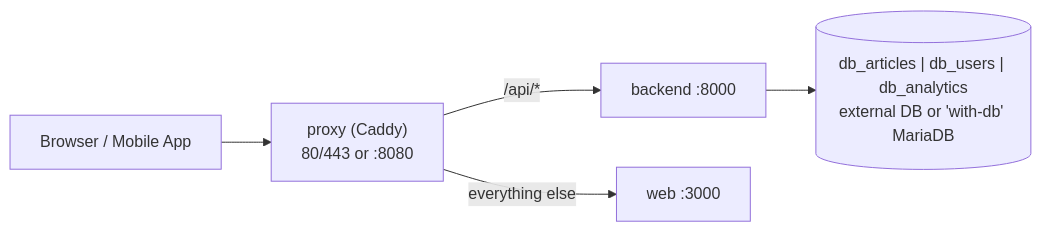
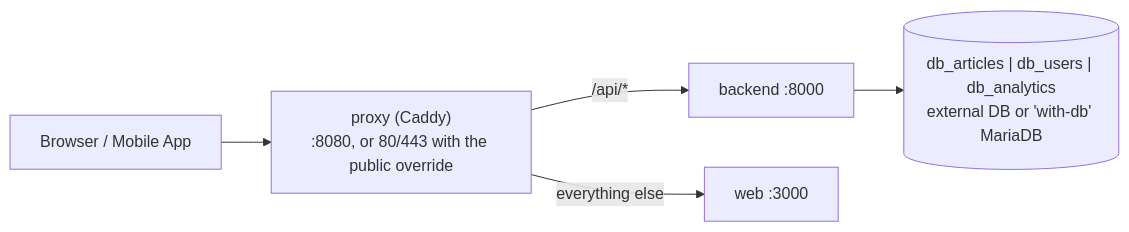
Before and after one commit to StockDepositControl/SaaSStockDepositControl: the diagram in docs/deploy/README.md, drawn with Mermaid. The commit also changed other lines of this file and 2 other files, not shown here.

First line of the commit message:
fix(cd): ship docker-compose.public.yml in the deploy bundle

````diff
--- a/docs/deploy/README.md
+++ b/docs/deploy/README.md
@@ -5,7 +5,7 @@
 ```mermaid
 flowchart LR
-    Client["Browser / Mobile App"] --> Caddy["proxy (Caddy)<br/>80/443 or :8080"]
+    Client["Browser / Mobile App"] --> Caddy["proxy (Caddy)<br/>:8080, or 80/443 with the public override"]
     Caddy -->|"/api/*"| Backend["backend :8000"]
     Caddy -->|"everything else"| Web["web :3000"]
     Backend --> DB[("db_articles | db_users | db_analytics<br/>external DB or 'with-db' MariaDB")]
 ```
````
